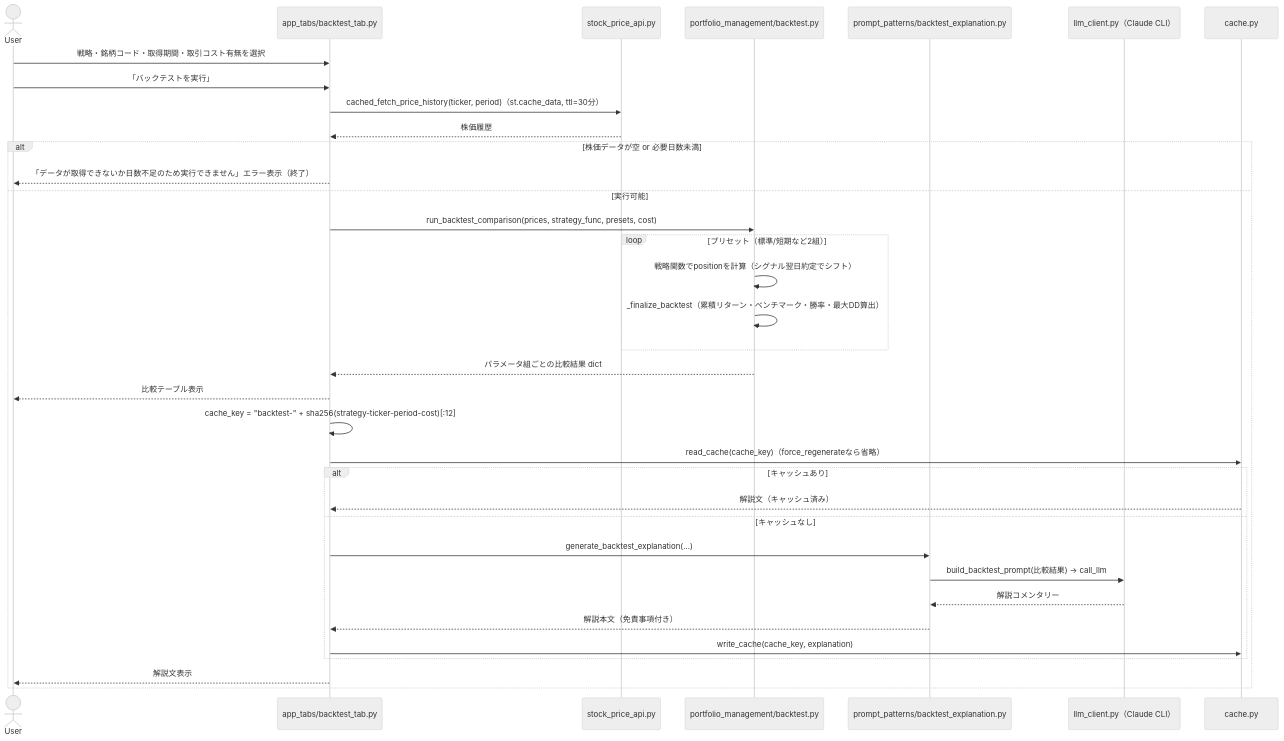
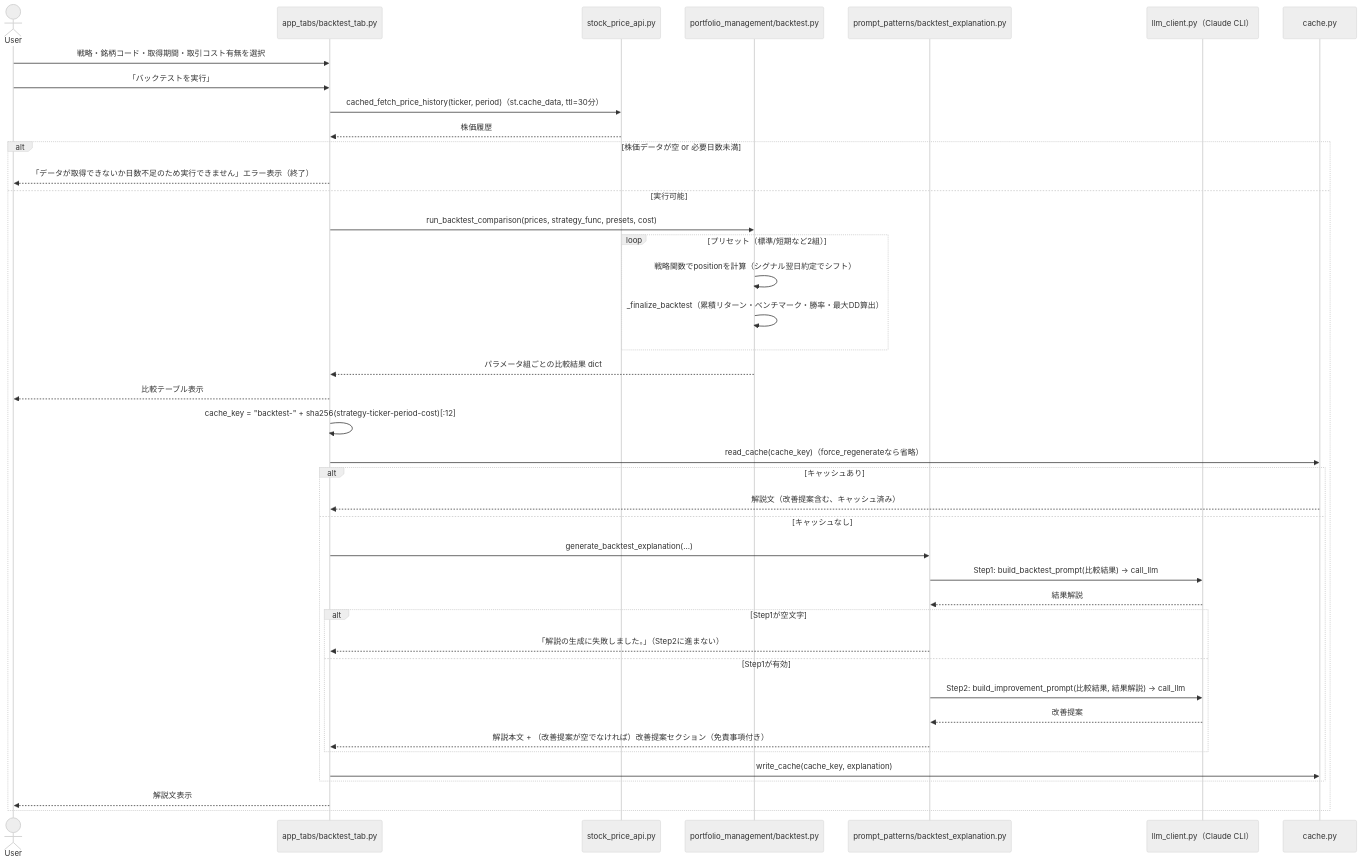
Before and after one commit to duwenji/ai-stock-investing-tutorial: the fourth of 10 diagrams in app/docs/app-design.md, drawn with Mermaid (neutral theme). The commit also changed other lines of this file, not shown here.

````diff
--- a/app/docs/app-design.md
+++ b/app/docs/app-design.md
@@ -421,38 +473,44 @@
 ```mermaid
 sequenceDiagram
     actor User
     participant UI as app_tabs/backtest_tab.py
     participant PriceAPI as stock_price_api.py
     participant Backtest as portfolio_management/backtest.py
     participant BacktestP as prompt_patterns/backtest_explanation.py
     participant LLM as llm_client.py（Claude CLI）
     participant Cache as cache.py
 
     User->>UI: 戦略・銘柄コード・取得期間・取引コスト有無を選択
     User->>UI: 「バックテストを実行」
     UI->>PriceAPI: cached_fetch_price_history(ticker, period)（st.cache_data, ttl=30分）
     PriceAPI-->>UI: 株価履歴
     alt 株価データが空 or 必要日数未満
         UI-->>User: 「データが取得できないか日数不足のため実行できません」エラー表示（終了）
     else 実行可能
         UI->>Backtest: run_backtest_comparison(prices, strategy_func, presets, cost)
         loop プリセット（標準/短期など2組）
             Backtest->>Backtest: 戦略関数でpositionを計算（シグナル翌日約定でシフト）
             Backtest->>Backtest: _finalize_backtest（累積リターン・ベンチマーク・勝率・最大DD算出）
         end
         Backtest-->>UI: パラメータ組ごとの比較結果 dict
         UI-->>User: 比較テーブル表示
         UI->>UI: cache_key = "backtest-" + sha256(strategy-ticker-period-cost)[:12]
         UI->>Cache: read_cache(cache_key)（force_regenerateなら省略）
         alt キャッシュあり
-            Cache-->>UI: 解説文（キャッシュ済み）
+            Cache-->>UI: 解説文（改善提案含む、キャッシュ済み）
         else キャッシュなし
             UI->>BacktestP: generate_backtest_explanation(...)
-            BacktestP->>LLM: build_backtest_prompt(比較結果) → call_llm
-            LLM-->>BacktestP: 解説コメンタリー
-            BacktestP-->>UI: 解説本文（免責事項付き）
+            BacktestP->>LLM: Step1: build_backtest_prompt(比較結果) → call_llm
+            LLM-->>BacktestP: 結果解説
+            alt Step1が空文字
+                BacktestP-->>UI: 「解説の生成に失敗しました。」（Step2に進まない）
+            else Step1が有効
+                BacktestP->>LLM: Step2: build_improvement_prompt(比較結果, 結果解説) → call_llm
+                LLM-->>BacktestP: 改善提案
+                BacktestP-->>UI: 解説本文 + （改善提案が空でなければ）改善提案セクション（免責事項付き）
+            end
             UI->>Cache: write_cache(cache_key, explanation)
         end
         UI-->>User: 解説文表示
     end
 ```
````
